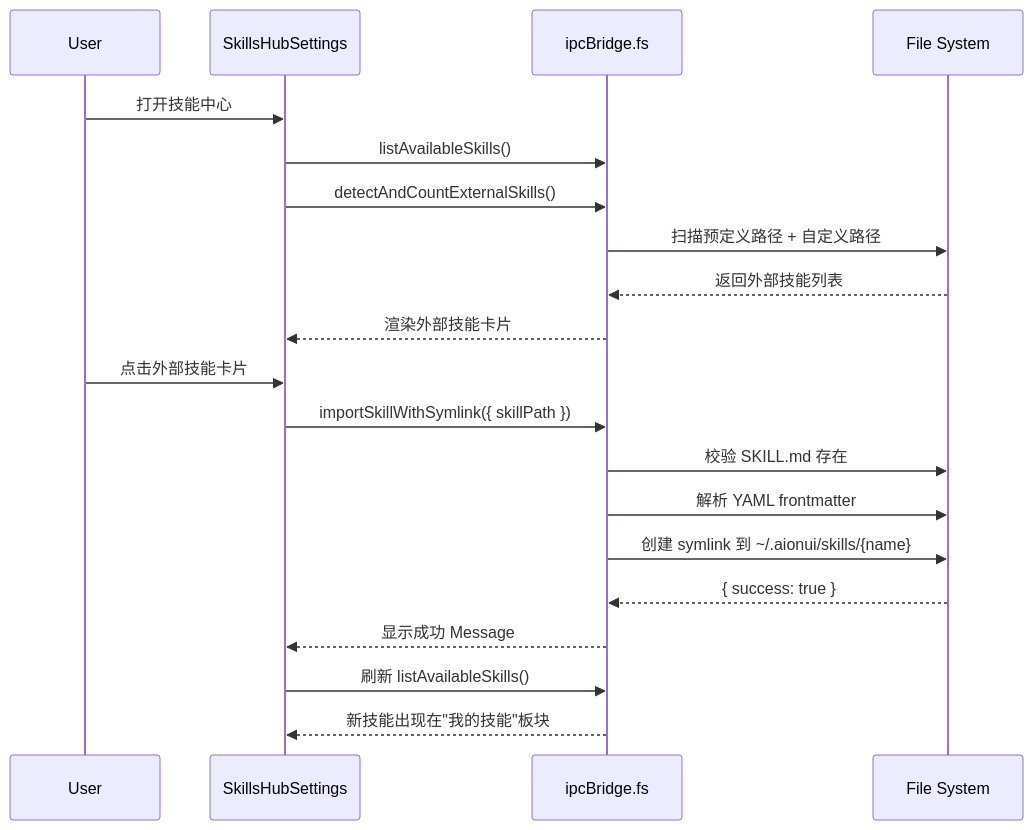
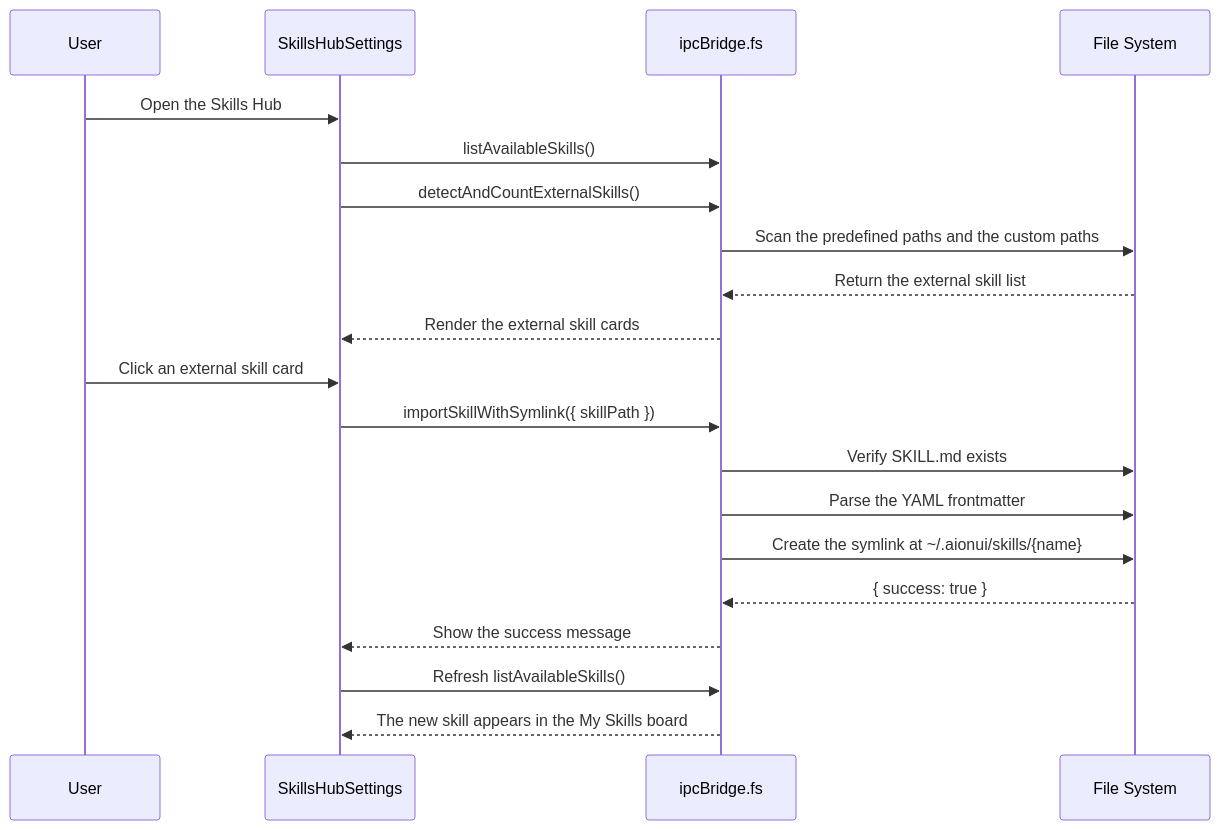
One commit to buckleson/Pavii-GUI changed the first of 3 diagrams in tests/e2e/docs/skills-hub/requirements.md. Above: the diagram before and after it, drawn with Mermaid. The commit also changed other lines of this file and 107 other files, not shown here.

````diff
--- a/tests/e2e/docs/skills-hub/requirements.md
+++ b/tests/e2e/docs/skills-hub/requirements.md
@@ -750,24 +750,24 @@
 ```mermaid
 sequenceDiagram
     participant User
     participant UI as SkillsHubSettings
     participant Bridge as ipcBridge.fs
     participant FS as File System
 
-    User->>UI: 打开技能中心
+    User->>UI: Open the Skills Hub
     UI->>Bridge: listAvailableSkills()
     UI->>Bridge: detectAndCountExternalSkills()
-    Bridge->>FS: 扫描预定义路径 + 自定义路径
-    FS-->>Bridge: 返回外部技能列表
-    Bridge-->>UI: 渲染外部技能卡片
+    Bridge->>FS: Scan the predefined paths and the custom paths
+    FS-->>Bridge: Return the external skill list
+    Bridge-->>UI: Render the external skill cards
 
-    User->>UI: 点击外部技能卡片
+    User->>UI: Click an external skill card
     UI->>Bridge: importSkillWithSymlink({ skillPath })
-    Bridge->>FS: 校验 SKILL.md 存在
-    Bridge->>FS: 解析 YAML frontmatter
-    Bridge->>FS: 创建 symlink 到 ~/.aionui/skills/{name}
+    Bridge->>FS: Verify SKILL.md exists
+    Bridge->>FS: Parse the YAML frontmatter
+    Bridge->>FS: Create the symlink at ~/.aionui/skills/{name}
     FS-->>Bridge: { success: true }
-    Bridge-->>UI: 显示成功 Message
-    UI->>Bridge: 刷新 listAvailableSkills()
-    Bridge-->>UI: 新技能出现在"我的技能"板块
+    Bridge-->>UI: Show the success message
+    UI->>Bridge: Refresh listAvailableSkills()
+    Bridge-->>UI: The new skill appears in the My Skills board
 ```
````
